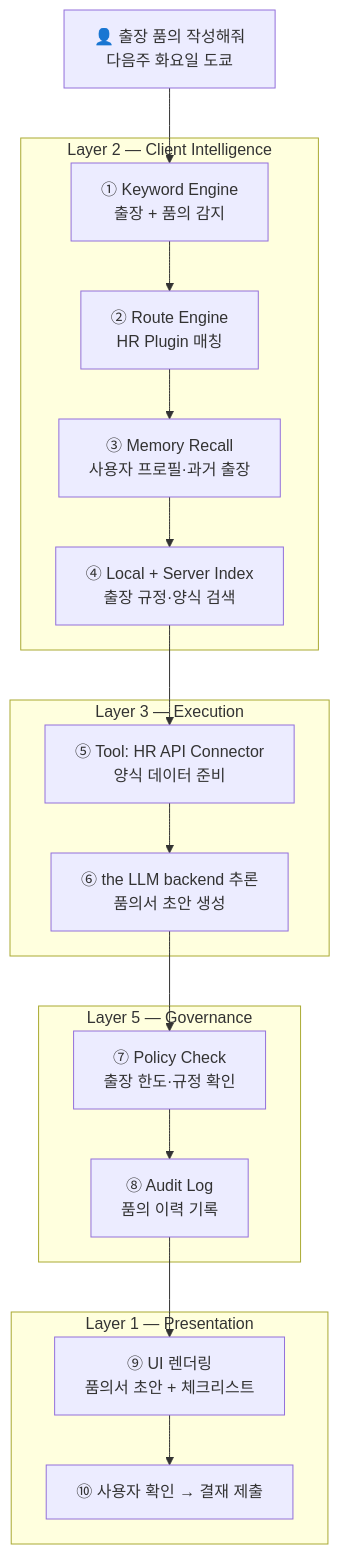
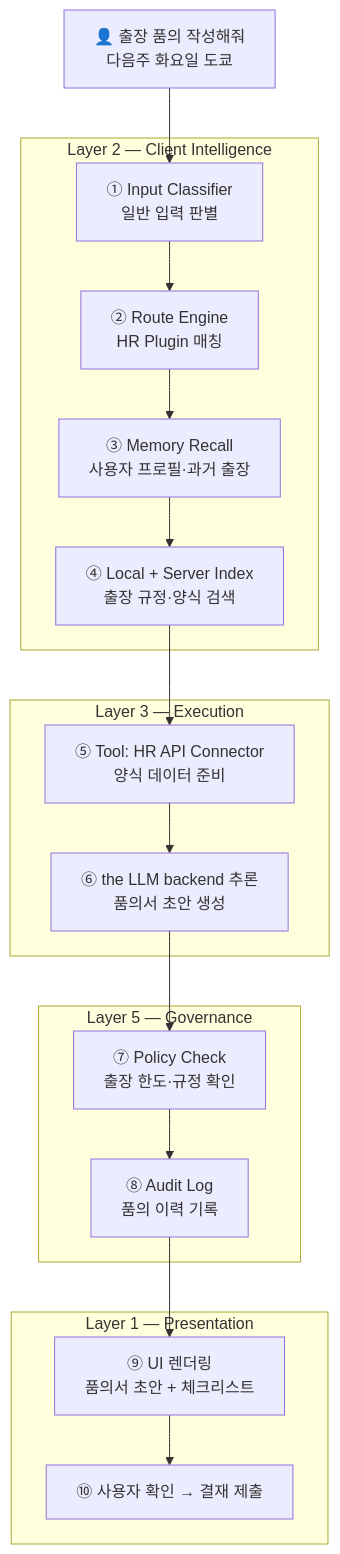
Before and after one commit to lvis-project/lvis-app: diagram 40 of 44 in docs/ko/architecture/architecture.md, drawn with Mermaid. The commit also changed other lines of this file and 10 other files, not shown here.

````diff
--- a/docs/ko/architecture/architecture.md
+++ b/docs/ko/architecture/architecture.md
@@ -4121,31 +4104,31 @@
 ```mermaid
 flowchart TB
     USER["👤 출장 품의 작성해줘<br/>다음주 화요일 도쿄"]
 
     subgraph "Layer 2 — Client Intelligence"
-        KW["① Keyword Engine<br/>출장 + 품의 감지"]
+        KW["① Input Classifier<br/>일반 입력 판별"]
         ROUTE["② Route Engine<br/>HR Plugin 매칭"]
         MEM["③ Memory Recall<br/>사용자 프로필·과거 출장"]
         IDX["④ Local + Server Index<br/>출장 규정·양식 검색"]
     end
 
     subgraph "Layer 3 — Execution"
         TOOL["⑤ Tool: HR API Connector<br/>양식 데이터 준비"]
         LLM_BACKEND_CALL["⑥ the LLM backend 추론<br/>품의서 초안 생성"]
     end
 
     subgraph "Layer 5 — Governance"
         POLICY_CHECK["⑦ Policy Check<br/>출장 한도·규정 확인"]
         AUDIT_WRITE["⑧ Audit Log<br/>품의 이력 기록"]
     end
 
     subgraph "Layer 1 — Presentation"
         RENDER["⑨ UI 렌더링<br/>품의서 초안 + 체크리스트"]
         ACTION["⑩ 사용자 확인 → 결재 제출"]
     end
 
     USER --> KW --> ROUTE --> MEM --> IDX
     IDX --> TOOL --> LLM_BACKEND_CALL
     LLM_BACKEND_CALL --> POLICY_CHECK --> AUDIT_WRITE
     AUDIT_WRITE --> RENDER --> ACTION
 ```
````
